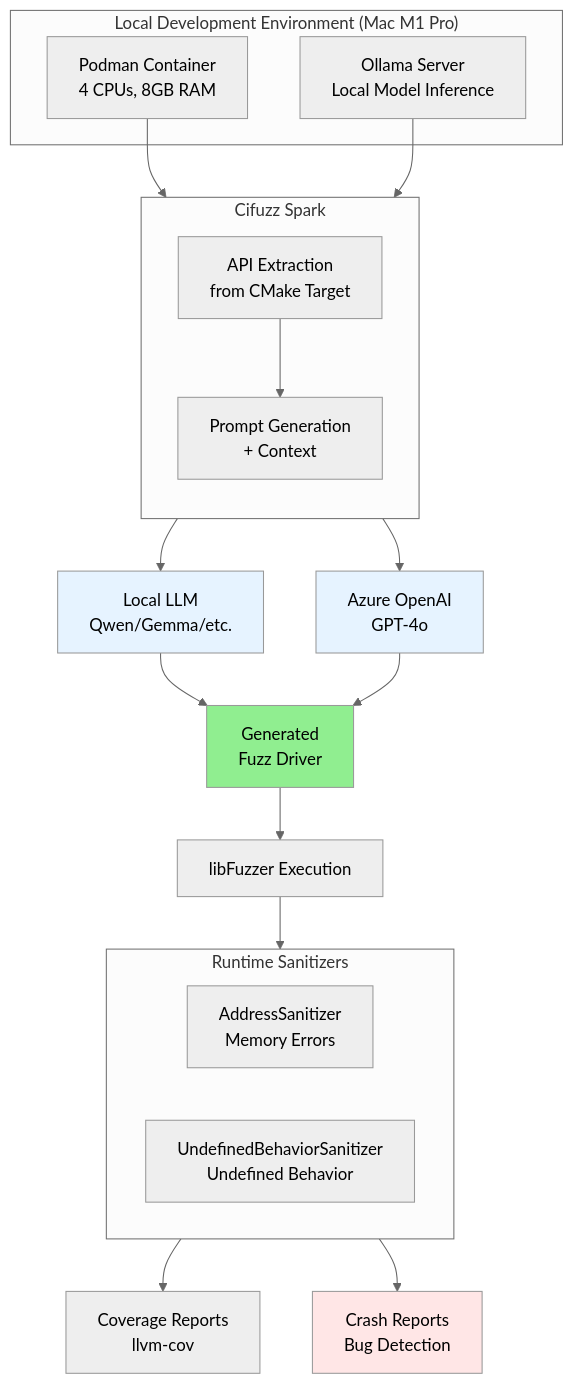
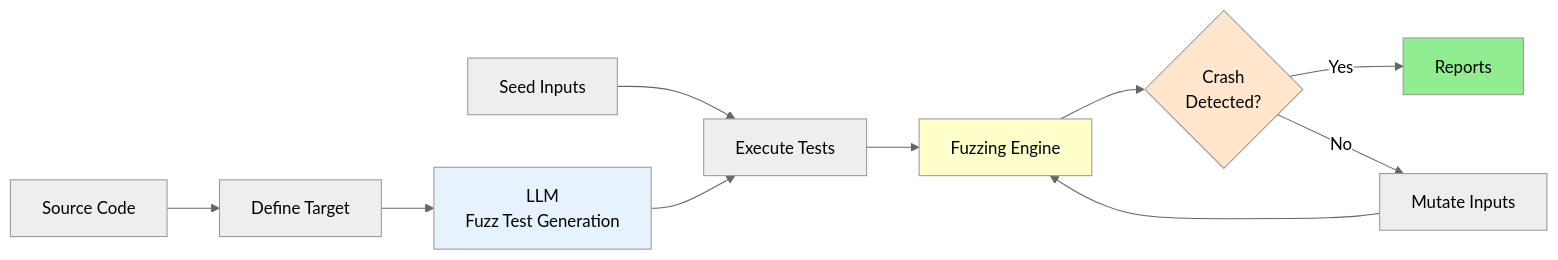
One commit to DARREN-2000/temporary changed the first of 2 diagrams in Chapter_4_Implementation.md. Above: the diagram before and after it, drawn with Mermaid (neutral theme). The commit also changed other lines of this file and 1 other file, not shown here.

Commit message:
Update Figures 4.1 and 4.2 to match reference diagrams from Chapters 1-3

````diff
--- a/Chapter_4_Implementation.md
+++ b/Chapter_4_Implementation.md
@@ -83,40 +83,17 @@
 ```mermaid
-flowchart TB
-    subgraph Local["Local Development Environment (Mac M1 Pro)"]
-        Podman[Podman Container<br/>4 CPUs, 8GB RAM]
-        Ollama[Ollama Server<br/>Local Model Inference]
-    end
+flowchart LR
+    SourceCode[Source Code] --> DefineTarget[Define Target]
+    DefineTarget --> LLM[LLM<br/>Fuzz Test Generation]
+    SeedInputs[Seed Inputs] --> ExecuteTests[Execute Tests]
+    LLM --> ExecuteTests
+    ExecuteTests --> FuzzEngine[Fuzzing Engine]
+    FuzzEngine --> CrashDetected{Crash<br/>Detected?}
+    CrashDetected -->|Yes| Reports[Reports]
+    CrashDetected -->|No| MutateInputs[Mutate Inputs]
+    MutateInputs --> FuzzEngine
     
-    subgraph Spark["Cifuzz Spark"]
-        direction TB
-        API[API Extraction<br/>from CMake Target]
-        Prompt[Prompt Generation<br/>+ Context]
-    end
-    
-    Podman --> API
-    Ollama --> Spark
-    API --> Prompt
-    
-    Prompt --> LocalLLM[Local LLM<br/>Qwen/Gemma/etc.]
-    Prompt --> AzureAPI[Azure OpenAI<br/>GPT-4o]
-    
-    LocalLLM --> Driver[Generated<br/>Fuzz Driver]
-    AzureAPI --> Driver
-    
-    Driver --> LibFuzzer[libFuzzer Execution]
-    
-    subgraph Sanitizers["Runtime Sanitizers"]
-        ASan[AddressSanitizer<br/>Memory Errors]
-        UBSan[UndefinedBehaviorSanitizer<br/>Undefined Behavior]
-    end
-    
-    LibFuzzer --> Sanitizers
-    
-    Sanitizers --> Coverage[Coverage Reports<br/>llvm-cov]
-    Sanitizers --> Crashes[Crash Reports<br/>Bug Detection]
-    
-    style LocalLLM fill:#E6F3FF
-    style AzureAPI fill:#E6F3FF
-    style Driver fill:#90EE90
-    style Crashes fill:#FFE6E6
+    style LLM fill:#E6F3FF
+    style Reports fill:#90EE90
+    style CrashDetected fill:#FFE6CC
+    style FuzzEngine fill:#FFFFCC
 ```
````
